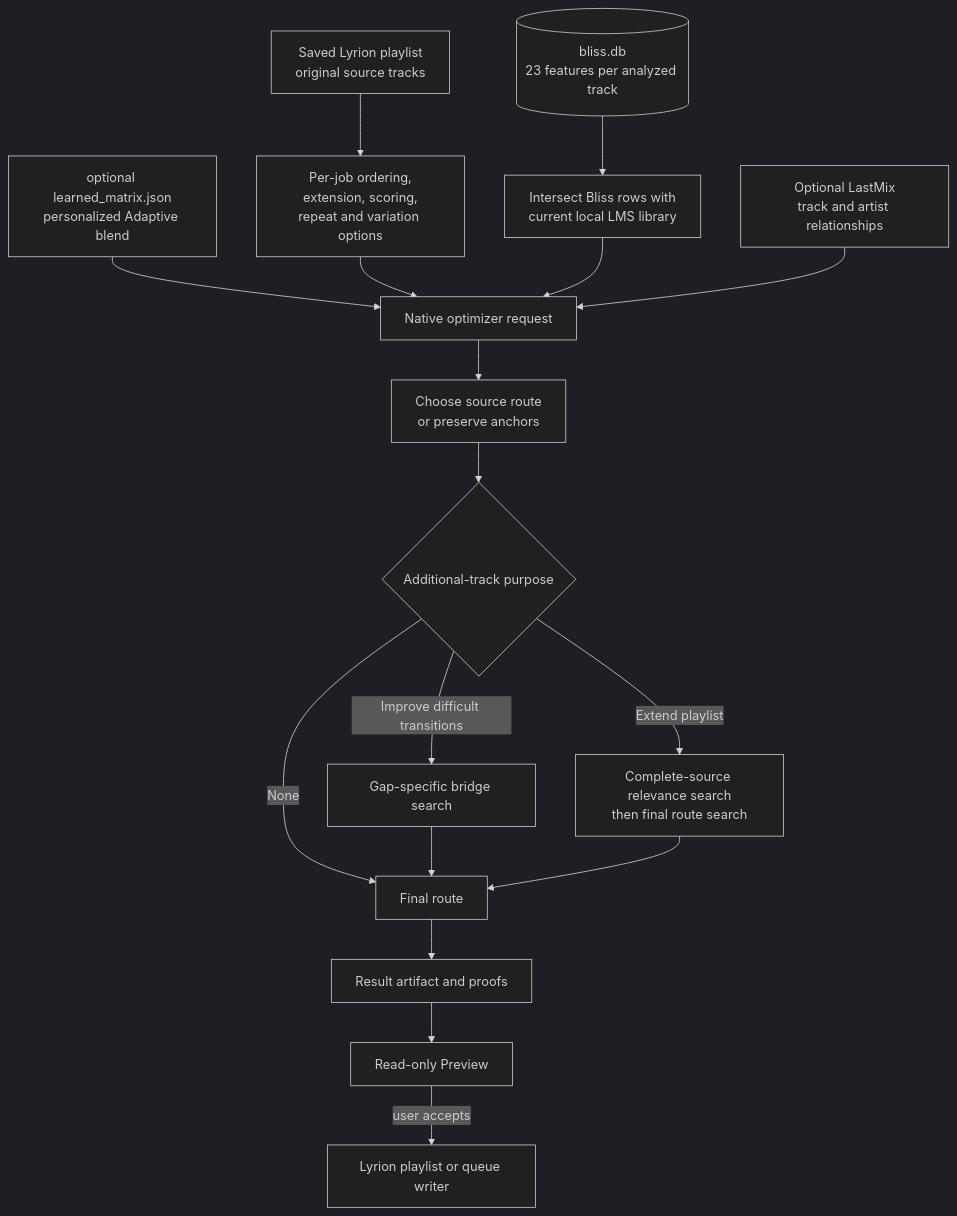
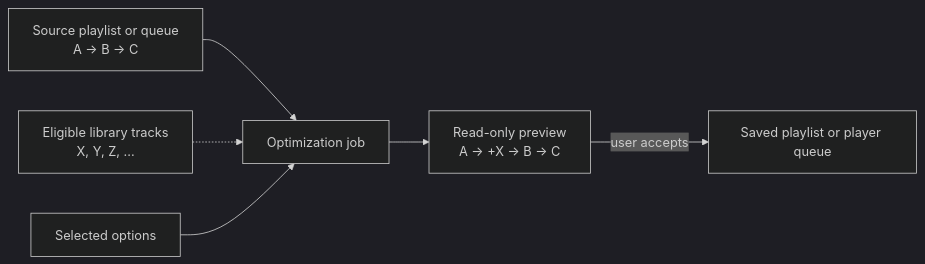
One commit to chrober/lms-better-call-bliss changed the fourth of 12 diagrams in ALGORITHMS.md. Above: the diagram before and after it, drawn with Mermaid (dark theme). The commit also changed other lines of this file and 20 other files, not shown here.

Commit message:
Complete adaptive destination routing diagnostics

```diff
--- a/ALGORITHMS.md
+++ b/ALGORITHMS.md
@@ -114,19 +190,8 @@
 ~~~mermaid
-flowchart TD
-    P["Saved Lyrion playlist<br/>original source tracks"] --> O["Per-job ordering,<br/>extension, scoring,<br/>repeat and variation options"]
-    DB[("bliss.db<br/>23 features per analyzed track")] --> I["Intersect Bliss rows with<br/>current local LMS library"]
-    M["optional learned_matrix.json<br/>personalized Adaptive blend"] --> N
-    O --> N["Native optimizer request"]
-    I --> N
-    L["Optional LastMix<br/>track and artist relationships"] --> N
-    N --> S["Choose source route<br/>or preserve anchors"]
-    S --> X{"Additional-track purpose"}
-    X -- None --> R["Final route"]
-    X -- Improve difficult transitions --> B["Gap-specific bridge search"]
-    X -- Extend playlist --> G["Complete-source relevance search<br/>then final route search"]
-    B --> R
-    G --> R
-    R --> V["Result artifact and proofs"]
-    V --> Q["Read-only Preview"]
-    Q -->|"user accepts"| W["Lyrion playlist or queue writer"]
+flowchart LR
+    P["Source playlist or queue<br/>A -> B -> C"] --> J["Optimization job"]
+    C["Eligible library tracks<br/>X, Y, Z, ..."] -.-> J
+    O["Selected options"] --> J
+    J --> V["Read-only preview<br/>A -> +X -> B -> C"]
+    V -->|"user accepts"| W["Saved playlist or player queue"]
 ~~~
```
